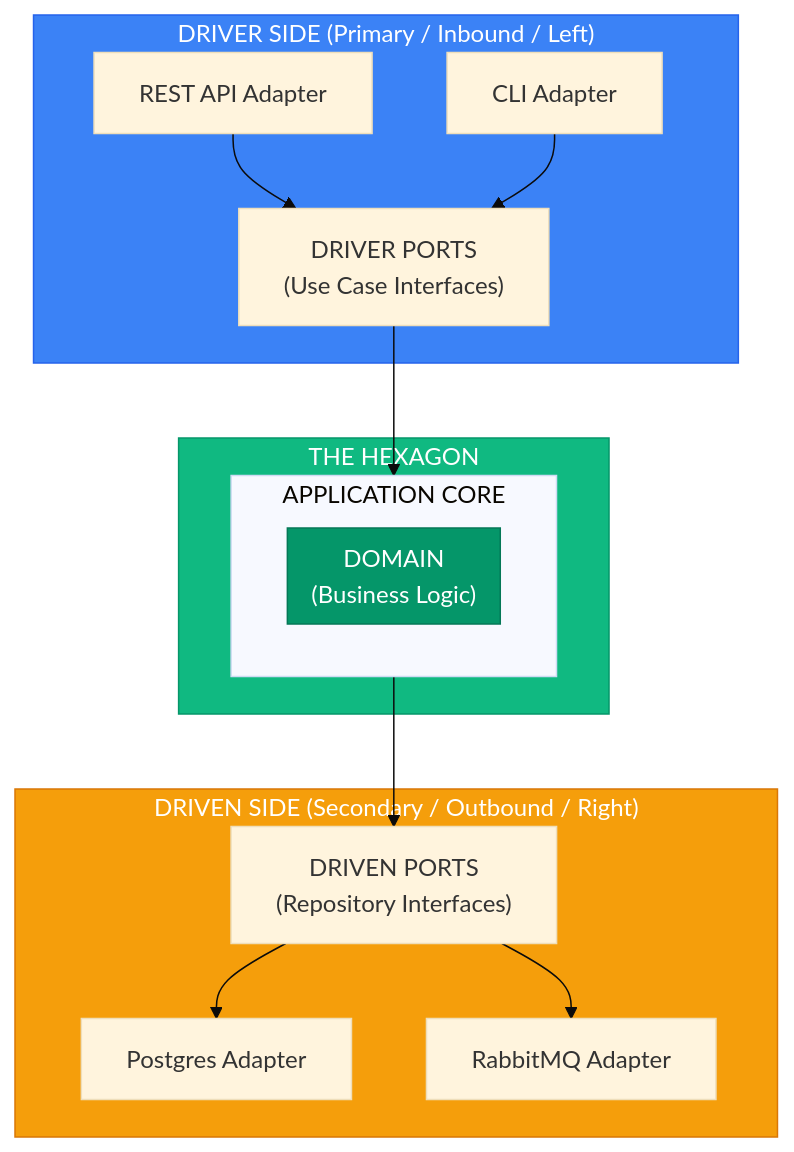
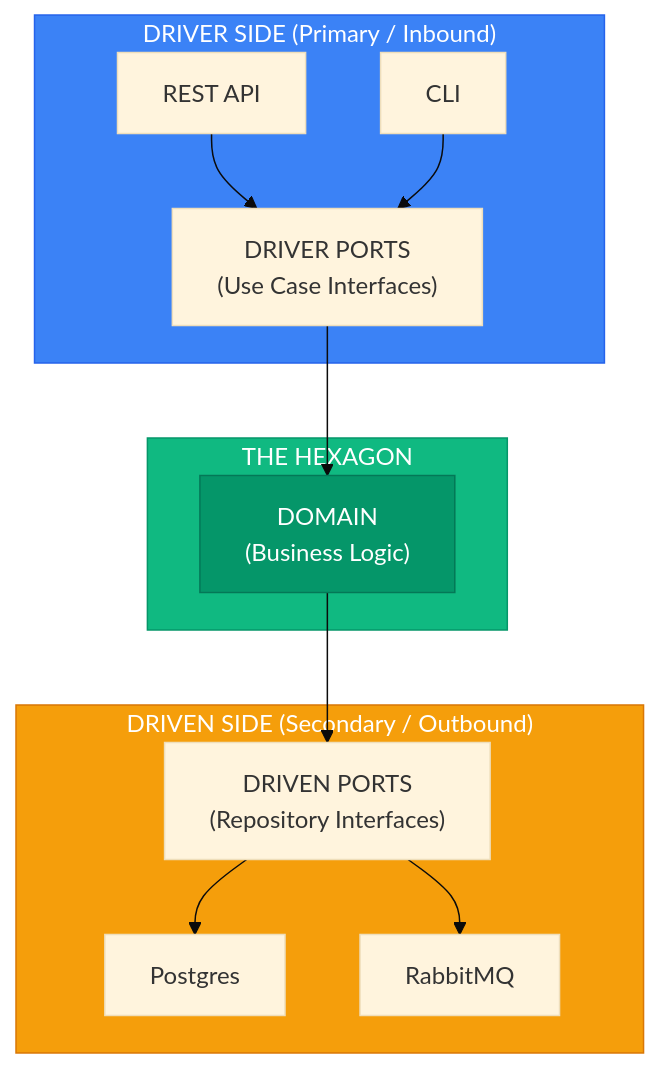
Before and after one commit to marcusquinn/aidevops: the diagram in .agents/tools/architecture/clean-ddd-hexagonal-skill/hexagonal.md, drawn with Mermaid (base theme). The commit also changed other lines of this file, not shown here.

Commit message:
docs: tighten hexagonal.md 181→160 lines — flatten mermaid nesting, compress code blocks, remove redundant path comments (GH#14040)

````diff
--- a/.agents/tools/architecture/clean-ddd-hexagonal-skill/hexagonal.md
+++ b/.agents/tools/architecture/clean-ddd-hexagonal-skill/hexagonal.md
@@ -9,33 +9,20 @@
 ```mermaid
 flowchart TB
-    subgraph DriverSide["DRIVER SIDE (Primary / Inbound / Left)"]
-        REST["REST API Adapter"]
-        CLI["CLI Adapter"]
-        DriverPorts["DRIVER PORTS\n(Use Case Interfaces)"]
-        REST --> DriverPorts
-        CLI --> DriverPorts
+    subgraph DriverSide["DRIVER SIDE (Primary / Inbound)"]
+        REST["REST API"] --> DriverPorts["DRIVER PORTS\n(Use Case Interfaces)"]
+        CLI["CLI"] --> DriverPorts
     end
-
     subgraph Hexagon["THE HEXAGON"]
-        subgraph AppCore["APPLICATION CORE"]
-            subgraph Domain["DOMAIN\n(Business Logic)"]
-            end
-        end
+        Domain["DOMAIN\n(Business Logic)"]
     end
-
-    subgraph DrivenSide["DRIVEN SIDE (Secondary / Outbound / Right)"]
-        DrivenPorts["DRIVEN PORTS\n(Repository Interfaces)"]
-        Postgres["Postgres Adapter"]
-        RabbitMQ["RabbitMQ Adapter"]
-        DrivenPorts --> Postgres
-        DrivenPorts --> RabbitMQ
+    subgraph DrivenSide["DRIVEN SIDE (Secondary / Outbound)"]
+        DrivenPorts["DRIVEN PORTS\n(Repository Interfaces)"] --> Postgres["Postgres"]
+        DrivenPorts --> RabbitMQ["RabbitMQ"]
     end
-
-    DriverPorts --> AppCore
-    AppCore --> DrivenPorts
-
+    DriverPorts --> Domain
+    Domain --> DrivenPorts
     style DriverSide fill:#3b82f6,stroke:#2563eb,color:white
     style Hexagon fill:#10b981,stroke:#059669,color:white
     style DrivenSide fill:#f59e0b,stroke:#d97706,color:white
     style Domain fill:#059669,stroke:#047857,color:white
 ```
````
